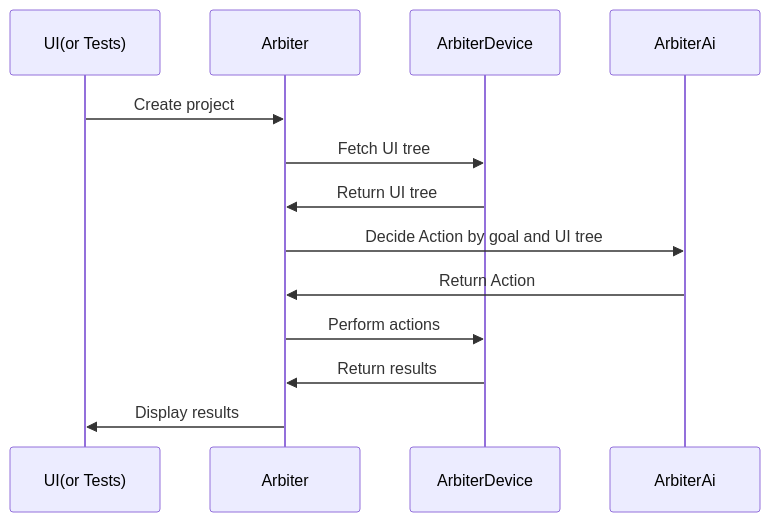
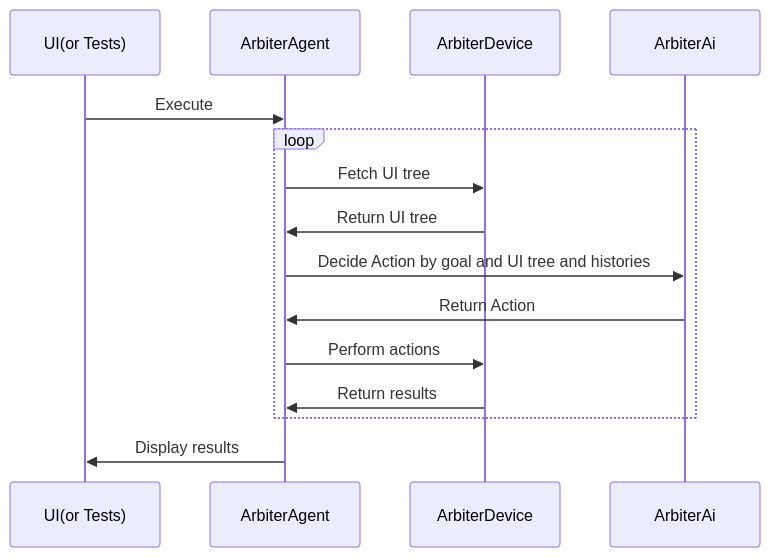
Before and after one commit to takahirom/arbigent: the first of 2 diagrams in README.md, drawn with Mermaid.

Commit message:
Update Execution Flow chart

````diff
--- a/README.md
+++ b/README.md
@@ -76,15 +76,17 @@
 ```mermaid
 sequenceDiagram
   participant UI(or Tests)
-  participant Arbiter
+  participant ArbiterAgent
   participant ArbiterDevice
   participant ArbiterAi
-  UI(or Tests)->>Arbiter: Create project
-  Arbiter->>ArbiterDevice: Fetch UI tree
-  ArbiterDevice->>Arbiter: Return UI tree
-  Arbiter->>ArbiterAi: Decide Action by goal and UI tree
-  ArbiterAi->>Arbiter: Return Action
-  Arbiter->>ArbiterDevice: Perform actions
-  ArbiterDevice->>Arbiter: Return results
-  Arbiter->>UI(or Tests): Display results
+  UI(or Tests)->>ArbiterAgent: Execute
+  loop
+    ArbiterAgent->>ArbiterDevice: Fetch UI tree
+    ArbiterDevice->>ArbiterAgent: Return UI tree
+    ArbiterAgent->>ArbiterAi: Decide Action by goal and UI tree and histories
+    ArbiterAi->>ArbiterAgent: Return Action
+    ArbiterAgent->>ArbiterDevice: Perform actions
+    ArbiterDevice->>ArbiterAgent: Return results
+  end
+  ArbiterAgent->>UI(or Tests): Display results
 ```
````
